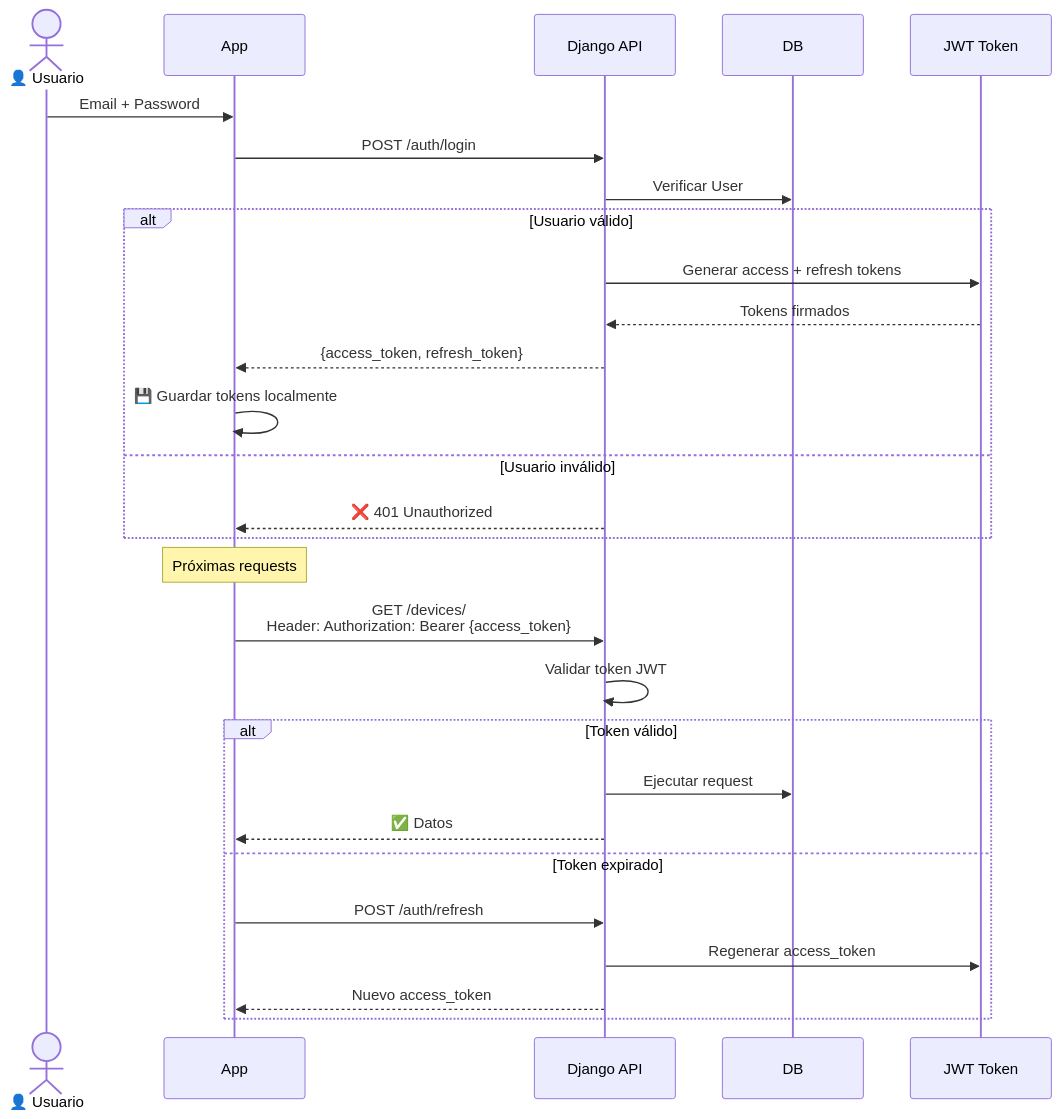
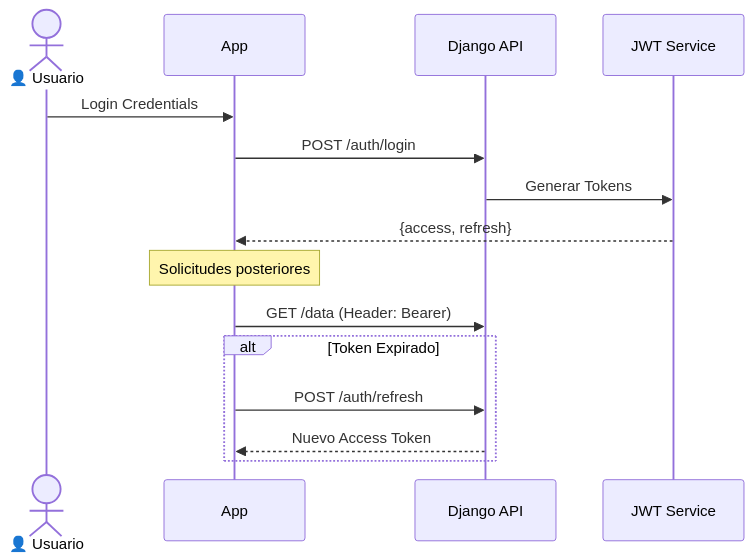
One commit to JORGUINHO98/secure-lock changed the fourth of 4 diagrams in README.md. Above: the diagram before and after it, drawn with Mermaid. The commit also changed other lines of this file, not shown here.

````diff
--- a/README.md
+++ b/README.md
@@ -240,32 +174,19 @@
 ```mermaid
 sequenceDiagram
     actor User as 👤 Usuario
     participant App
     participant API as Django API
-    participant DB
-    participant JWT as JWT Token
+    participant JWT as JWT Service
 
-    User->>App: Email + Password
+    User->>App: Login Credentials
     App->>API: POST /auth/login
-    API->>DB: Verificar User
-    alt Usuario válido
-        API->>JWT: Generar access + refresh tokens
-        JWT-->>API: Tokens firmados
-        API-->>App: {access_token, refresh_token}
-        App->>App: 💾 Guardar tokens localmente
-    else Usuario inválido
-        API-->>App: ❌ 401 Unauthorized
-    end
+    API->>JWT: Generar Tokens
+    JWT-->>App: {access, refresh}
     
-    Note over App: Próximas requests
-    App->>API: GET /devices/<br/>Header: Authorization: Bearer {access_token}
-    API->>API: Validar token JWT
-    alt Token válido
-        API->>DB: Ejecutar request
-        API-->>App: ✅ Datos
-    else Token expirado
+    Note over App: Solicitudes posteriores
+    App->>API: GET /data (Header: Bearer)
+    alt Token Expirado
         App->>API: POST /auth/refresh
-        API->>JWT: Regenerar access_token
-        API-->>App: Nuevo access_token
+        API-->>App: Nuevo Access Token
     end
 ```
````
